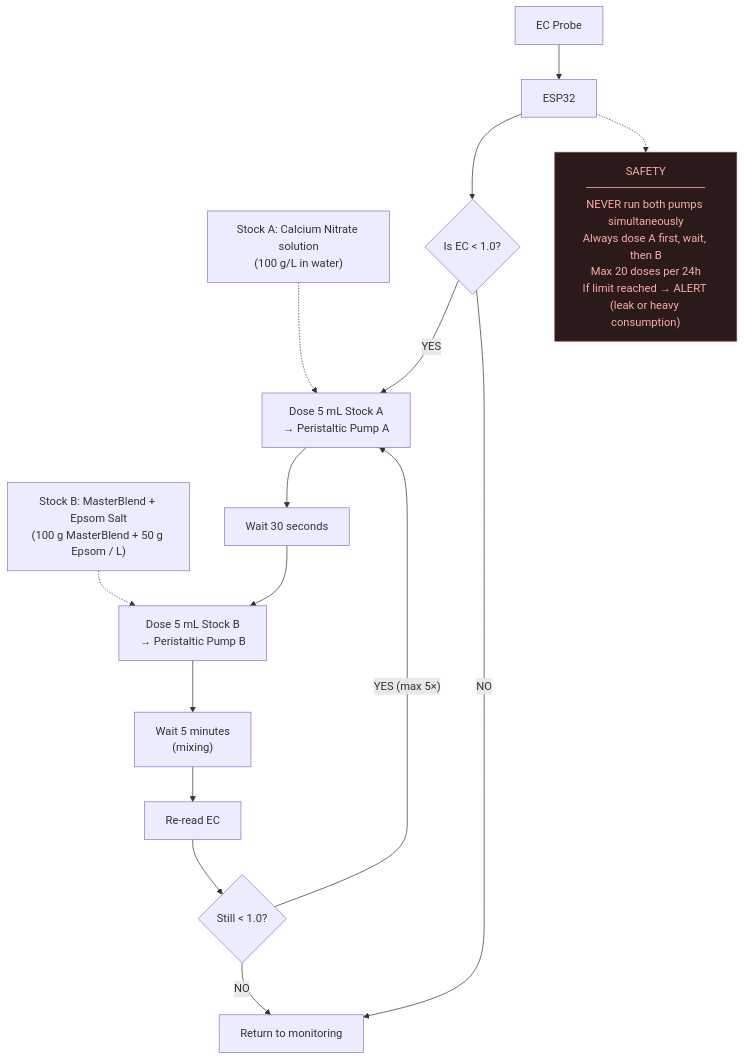
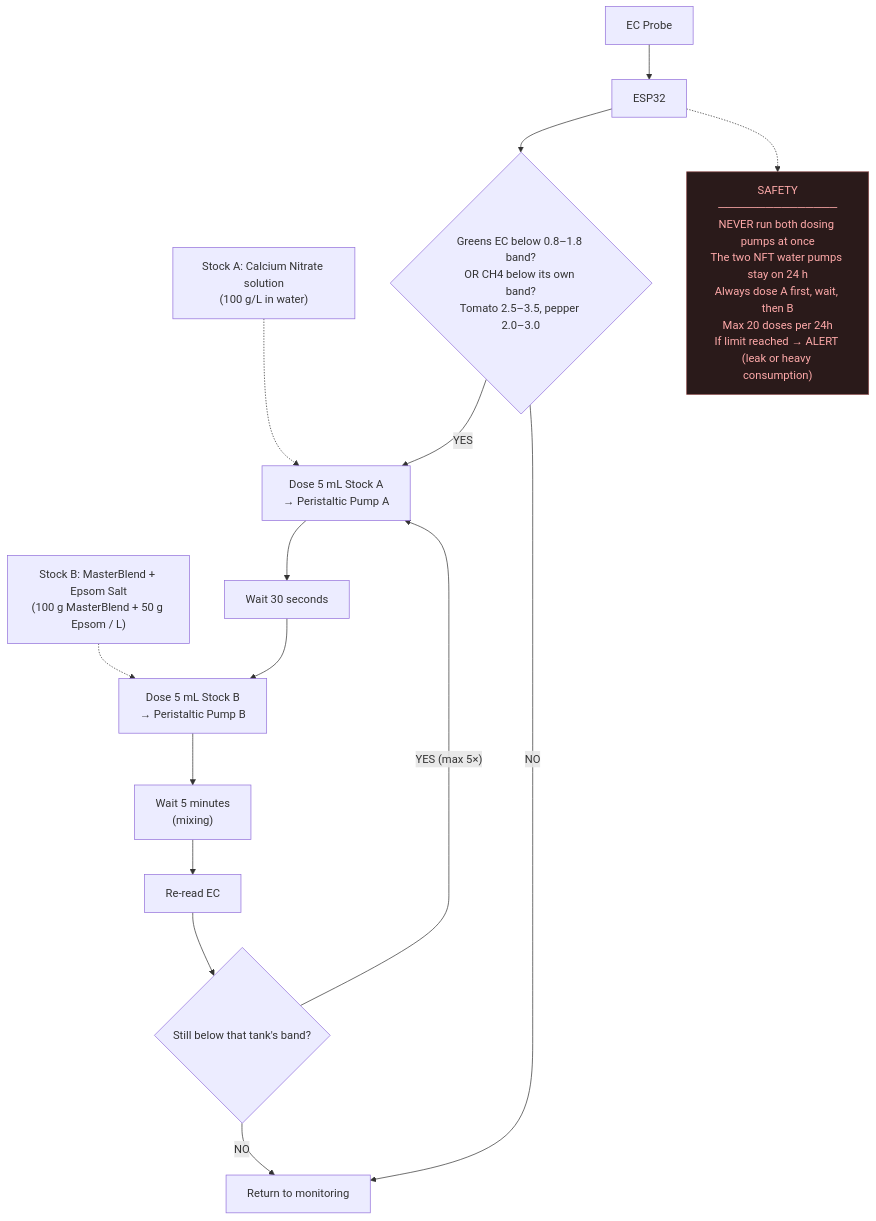
Before and after one commit to UncleJS/guide_hydroponics: the eighth of 14 diagrams in guide/nft/13-automation.md, drawn with Mermaid. The commit also changed other lines of this file and 35 other files, not shown here.

````diff
--- a/guide/nft/13-automation.md
+++ b/guide/nft/13-automation.md
@@ -709,26 +709,26 @@
 ```mermaid
 flowchart TD
     ECCA["Stock A: Calcium Nitrate solution<br/>(100 g/L in water)"]
     ECCB["Stock B: MasterBlend + Epsom Salt<br/>(100 g MasterBlend + 50 g Epsom / L)"]
 
     ECR["EC Probe"] --> ESP["ESP32"]
-    ESP --> CHK{"Is EC < 1.0?"}
+    ESP --> CHK{"Greens EC below 0.8–1.8 band?<br/>OR CH4 below its own band?<br/>Tomato 2.5–3.5, pepper 2.0–3.0"}
 
     CHK -->|YES| DA["Dose 5 mL Stock A<br/>→ Peristaltic Pump A"]
     DA --> WAIT1["Wait 30 seconds"]
     WAIT1 --> DB["Dose 5 mL Stock B<br/>→ Peristaltic Pump B"]
     DB --> WAIT2["Wait 5 minutes<br/>(mixing)"]
     WAIT2 --> REREAD["Re-read EC"]
-    REREAD --> AGAIN{"Still < 1.0?"}
+    REREAD --> AGAIN{"Still below that tank's band?"}
     AGAIN -->|"YES (max 5×)"| DA
     AGAIN -->|NO| MON["Return to monitoring"]
     CHK -->|NO| MON
 
-    SAFETY["SAFETY<br/>───────────────<br/>NEVER run both pumps simultaneously<br/>Always dose A first, wait, then B<br/>Max 20 doses per 24h<br/>If limit reached → ALERT (leak or heavy consumption)"]
+    SAFETY["SAFETY<br/>───────────────<br/>NEVER run both dosing pumps at once<br/>The two NFT water pumps stay on 24 h<br/>Always dose A first, wait, then B<br/>Max 20 doses per 24h<br/>If limit reached → ALERT (leak or heavy consumption)"]
 
     ESP -.-> SAFETY
     ECCA -.-> DA
     ECCB -.-> DB
 
     style SAFETY fill:#2a1a1a,stroke:#8a4a4a,color:#ffaaaa
 ```
````
